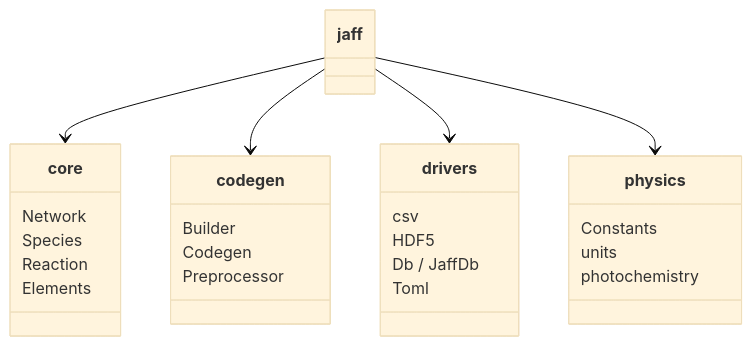
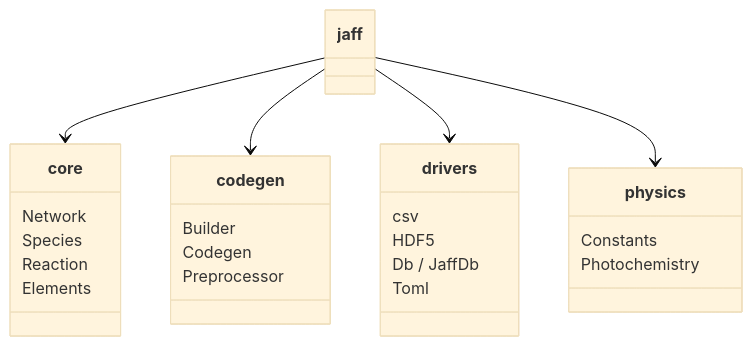
Before and after one commit to tgrassi/jaff: the diagram in docs/api/index.md, drawn with Mermaid (base theme). The commit also changed other lines of this file and 3 other files, not shown here.

````diff
--- a/docs/api/index.md
+++ b/docs/api/index.md
@@ -46,29 +46,28 @@
 ```mermaid
 classDiagram
     class core {
         Network
         Species
         Reaction
         Elements
     }
     class codegen {
         Builder
         Codegen
         Preprocessor
     }
     class drivers {
         csv
         HDF5
         Db / JaffDb
         Toml
     }
     class physics {
         Constants
-        units
-        photochemistry
+        Photochemistry
     }
     jaff --> core
     jaff --> codegen
     jaff --> drivers
     jaff --> physics
 ```
````
